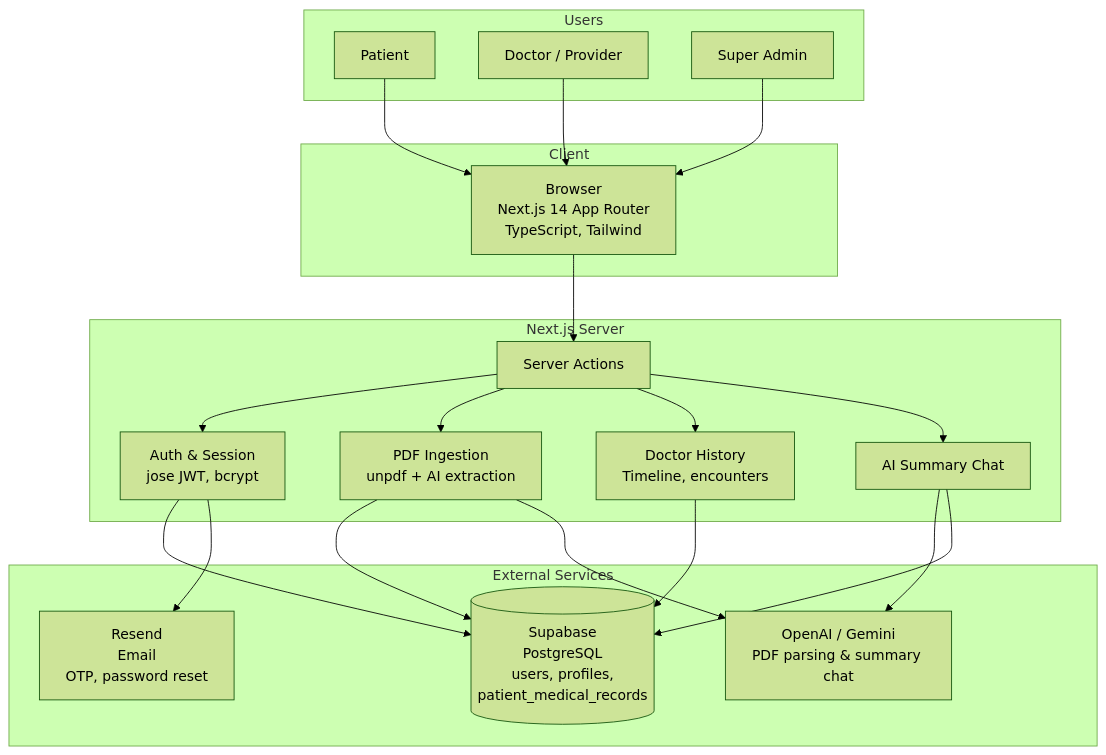
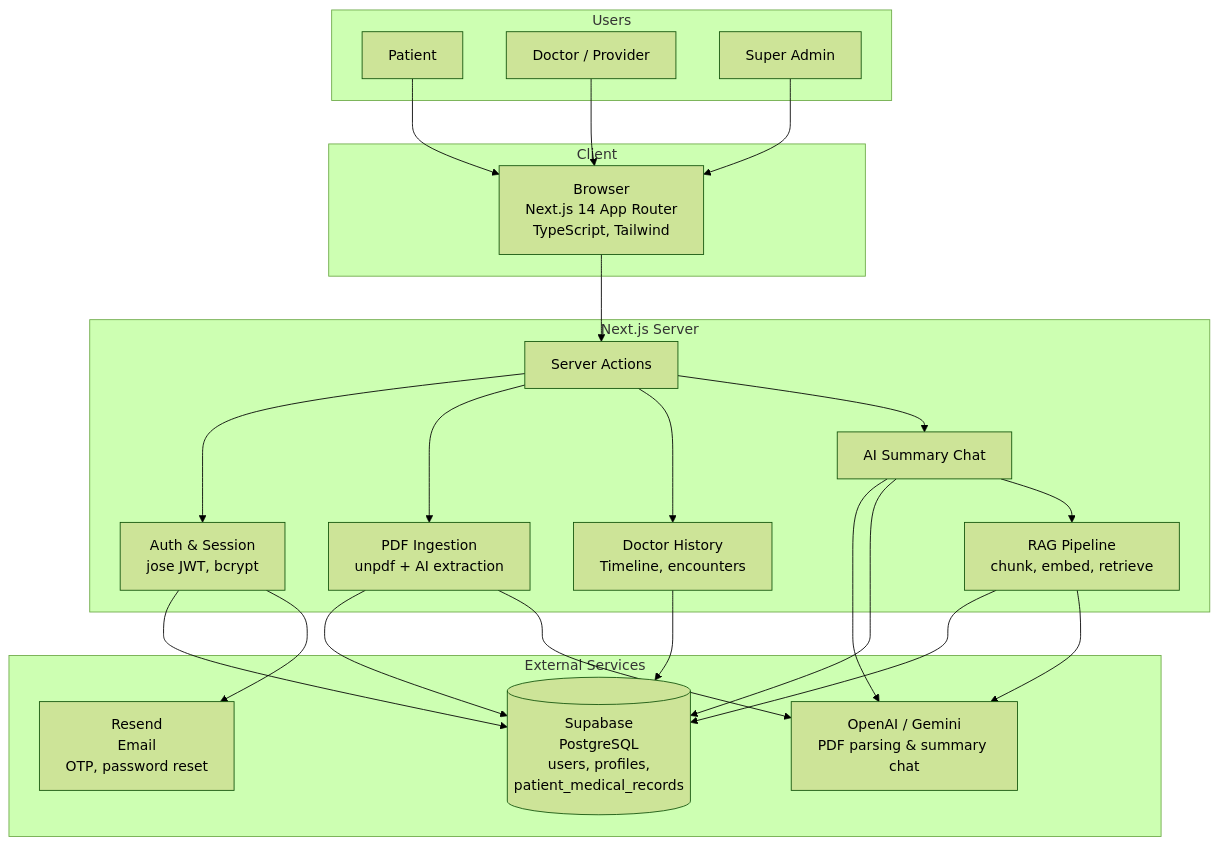
One commit to yashdayma55/medledger-ai changed the diagram in README.md. Above: the diagram before and after it, drawn with Mermaid (forest theme). The commit also changed other lines of this file, not shown here.

Commit message:
docs: update README for RAG pipeline

````diff
--- a/README.md
+++ b/README.md
@@ -116,44 +118,48 @@
 ```mermaid
 flowchart TB
   subgraph users["Users"]
     P[Patient]
     D[Doctor / Provider]
     A[Super Admin]
   end
 
   subgraph client["Client"]
     Browser[Browser\nNext.js 14 App Router\nTypeScript, Tailwind]
   end
 
   subgraph server["Next.js Server"]
     SA[Server Actions]
     Auth[Auth & Session\njose JWT, bcrypt]
     PDF[PDF Ingestion\nunpdf + AI extraction]
     History[Doctor History\nTimeline, encounters]
     Chat[AI Summary Chat]
+    RAG[RAG Pipeline\nchunk, embed, retrieve]
   end
 
   subgraph external["External Services"]
     Supabase[(Supabase\nPostgreSQL\nusers, profiles,\npatient_medical_records)]
     Resend[Resend\nEmail\nOTP, password reset]
     AI[OpenAI / Gemini\nPDF parsing & summary chat]
   end
 
   P --> Browser
   D --> Browser
   A --> Browser
 
   Browser --> SA
   SA --> Auth
   SA --> PDF
   SA --> History
   SA --> Chat
 
   Auth --> Supabase
   Auth --> Resend
   PDF --> Supabase
   PDF --> AI
   History --> Supabase
   Chat --> AI
   Chat --> Supabase
+  Chat --> RAG
+  RAG --> Supabase
+  RAG --> AI
 ```
````
